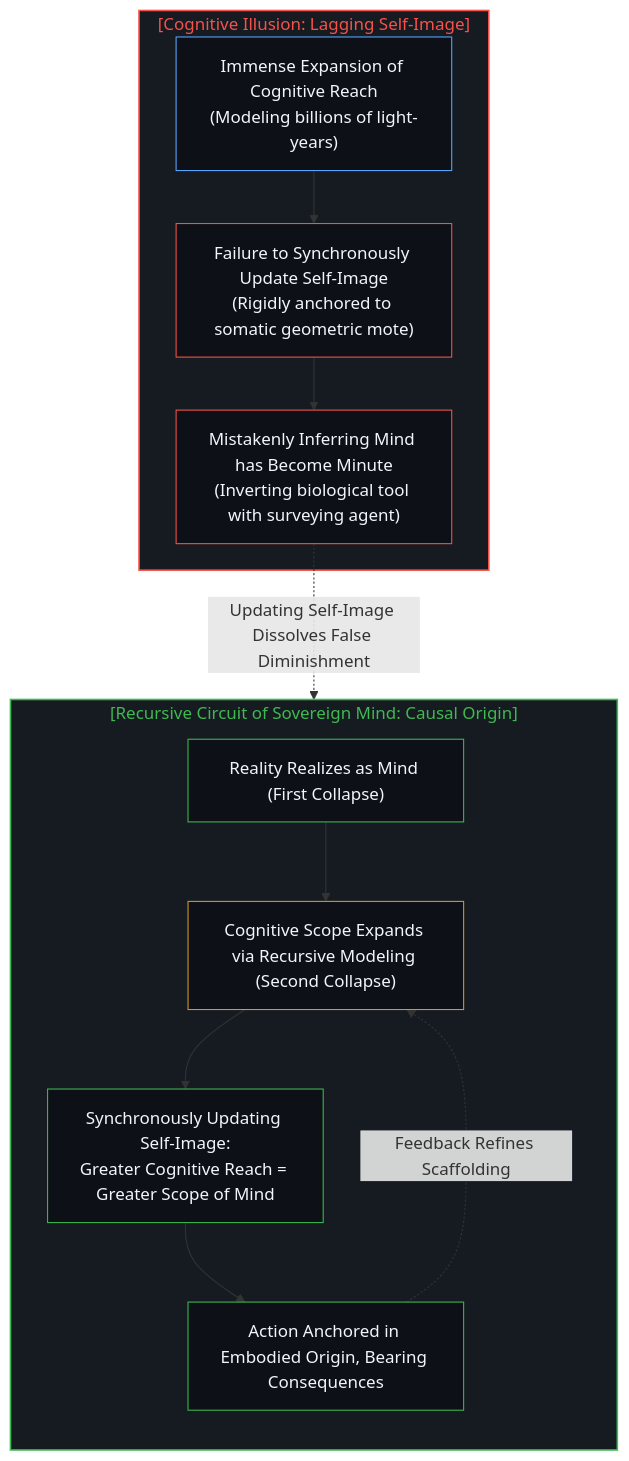
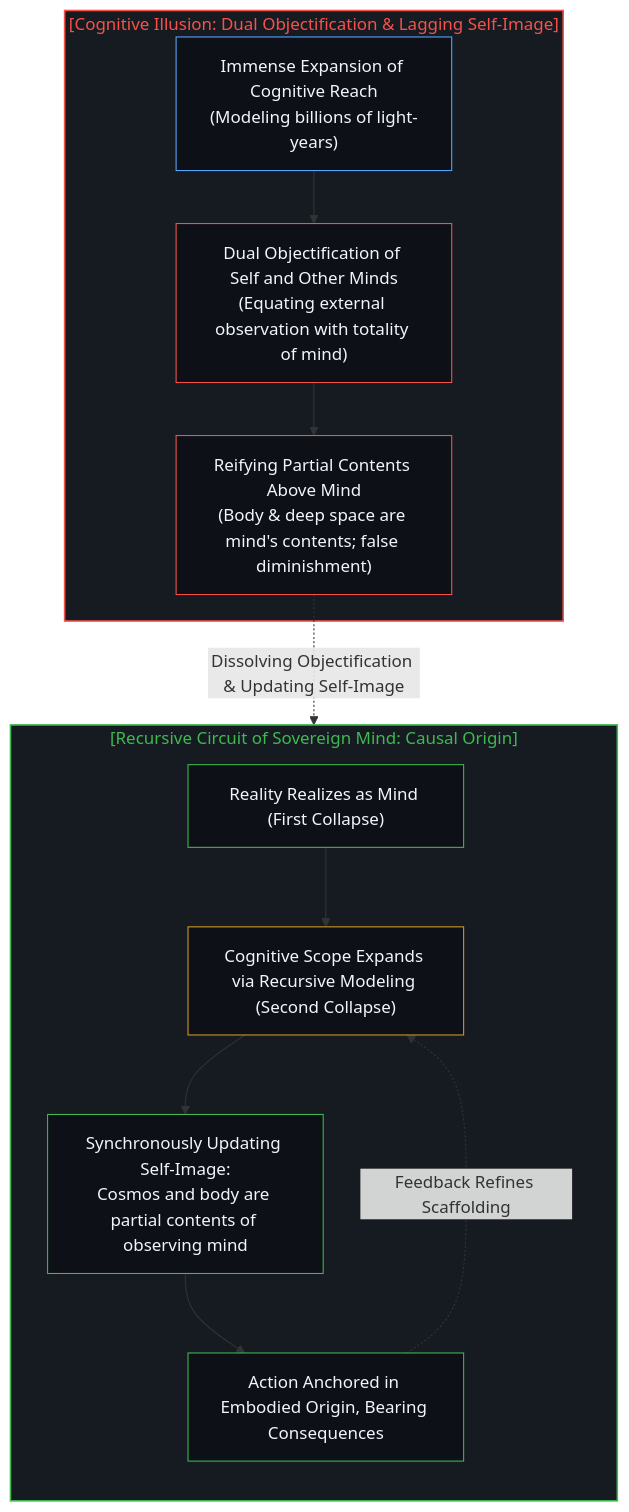
One commit to powerpig99/not-a-toe changed the eighth of 8 diagrams in content/posts/one-cannot-escape-ones-own-mind.md. Above: the diagram before and after it, drawn with Mermaid. The commit also changed other lines of this file and 2 other files, not shown here.

Commit message:
Refine Post #332: Clarify dual objectification and cosmos/body as partial contents of observing mind

````diff
--- a/content/posts/one-cannot-escape-ones-own-mind.md
+++ b/content/posts/one-cannot-escape-ones-own-mind.md
@@ -335,27 +343,27 @@
 ```mermaid
 flowchart TD
     subgraph S_RecursiveReality_EN ["[Recursive Circuit of Sovereign Mind: Causal Origin]"]
         direction TB
         RLE1["Reality Realizes as Mind (First Collapse)"] --> RLE2["Cognitive Scope Expands via Recursive Modeling (Second Collapse)"]
-        RLE2 --> RLE3["Synchronously Updating Self-Image:<br/>Greater Cognitive Reach = Greater Scope of Mind"]
+        RLE2 --> RLE3["Synchronously Updating Self-Image:<br/>Cosmos and body are partial contents of observing mind"]
         RLE3 --> RLE4["Action Anchored in Embodied Origin, Bearing Consequences"]
         RLE4 -.->|"Feedback Refines Scaffolding"| RLE2
     end
 
-    subgraph S_ScaleDilution_EN ["[Cognitive Illusion: Lagging Self-Image]"]
-        NEE1["Immense Expansion of Cognitive Reach<br/>(Modeling billions of light-years)"] --> NEE2["Failure to Synchronously Update Self-Image<br/>(Rigidly anchored to somatic geometric mote)"]
-        NEE2 --> NEE3["Mistakenly Inferring Mind has Become Minute<br/>(Inverting biological tool with surveying agent)"]
+    subgraph S_ScaleDilution_EN ["[Cognitive Illusion: Dual Objectification & Lagging Self-Image]"]
+        NEE1["Immense Expansion of Cognitive Reach<br/>(Modeling billions of light-years)"] --> NEE2["Dual Objectification of Self and Other Minds<br/>(Equating external observation with totality of mind)"]
+        NEE2 --> NEE3["Reifying Partial Contents Above Mind<br/>(Body & deep space are mind's contents; false diminishment)"]
     end
 
-    NEE3 -.->|"Updating Self-Image Dissolves False Diminishment"| RLE3
+    NEE3 -.->|"Dissolving Objectification & Updating Self-Image"| RLE3
 
     style S_RecursiveReality_EN fill:#161b22,stroke:#3fb950,stroke-width:1.5px,color:#3fb950
     style S_ScaleDilution_EN fill:#161b22,stroke:#f85149,stroke-width:1.5px,color:#f85149
     style RLE1 fill:#0d1117,stroke:#3fb950,stroke-width:1px,color:#f0f6fc
     style RLE2 fill:#0d1117,stroke:#d29922,stroke-width:1px,color:#f0f6fc
     style RLE3 fill:#0d1117,stroke:#3fb950,stroke-width:1px,color:#f0f6fc
     style RLE4 fill:#0d1117,stroke:#3fb950,stroke-width:1px,color:#f0f6fc
     style NEE1 fill:#0d1117,stroke:#58a6ff,stroke-width:1px,color:#f0f6fc
     style NEE2 fill:#0d1117,stroke:#f85149,stroke-width:1px,color:#f0f6fc
     style NEE3 fill:#0d1117,stroke:#f85149,stroke-width:1px,color:#f0f6fc
 ```
````
